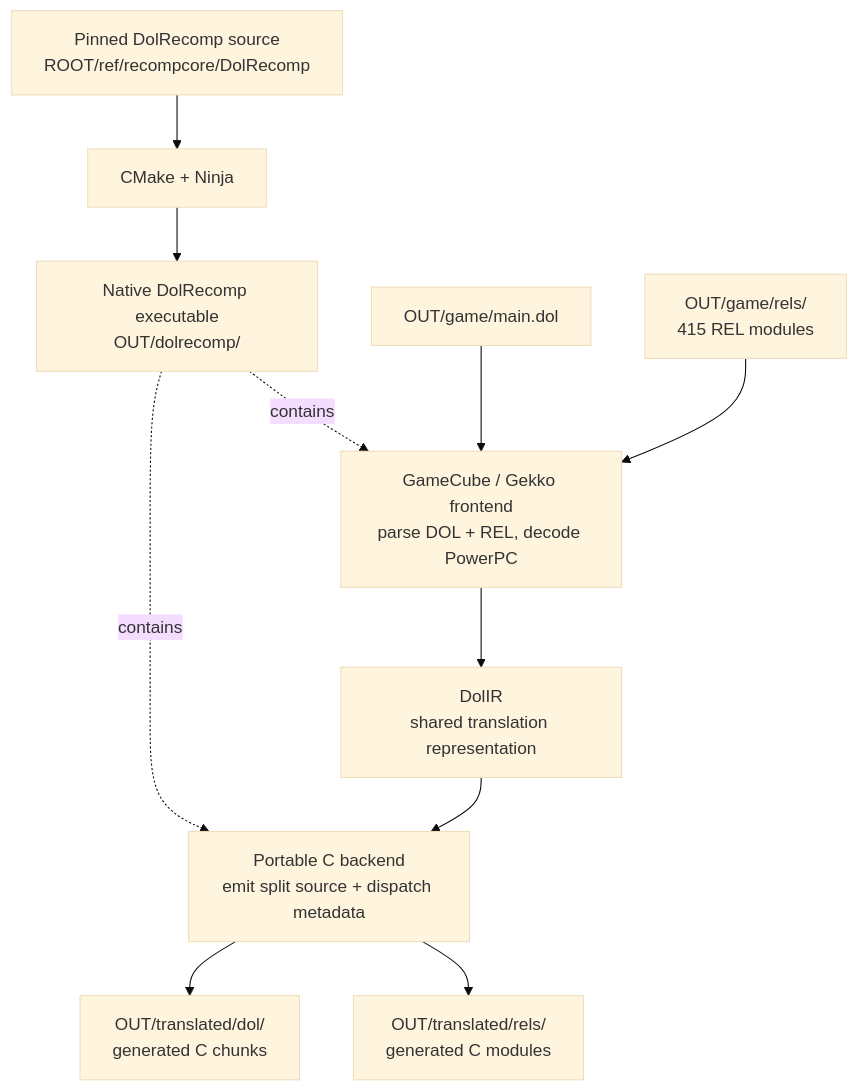
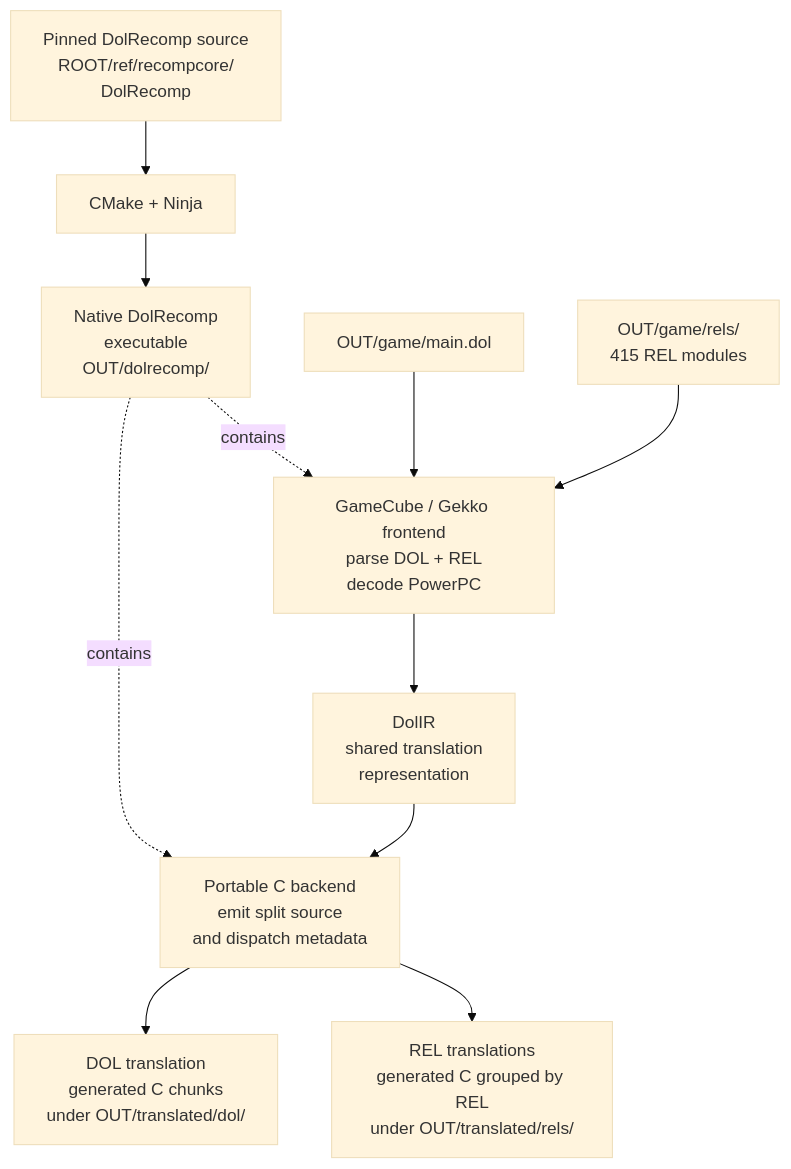
One commit to Aelbannan/boat_of_daphnes changed the seventh of 10 diagrams in docs/architecture/Build.md. Above: the diagram before and after it, drawn with Mermaid (base theme). The commit also changed other lines of this file, not shown here.

Commit message:
docs: wrap build diagram labels

````diff
--- a/docs/architecture/Build.md
+++ b/docs/architecture/Build.md
@@ -361,22 +361,22 @@
 ```mermaid
 flowchart TD
-    Source["Pinned DolRecomp source<br/>ROOT/ref/recompcore/DolRecomp"]
+    Source["Pinned DolRecomp source<br/>ROOT/ref/recompcore/<br/>DolRecomp"]
     Build["CMake + Ninja"]
-    Tool["Native DolRecomp executable<br/>OUT/dolrecomp/"]
+    Tool["Native DolRecomp<br/>executable<br/>OUT/dolrecomp/"]
     Dol["OUT/game/main.dol"]
     Rels["OUT/game/rels/<br/>415 REL modules"]
-    Frontend["GameCube / Gekko frontend<br/>parse DOL + REL, decode PowerPC"]
-    IR["DolIR<br/>shared translation representation"]
-    Backend["Portable C backend<br/>emit split source + dispatch metadata"]
-    DolC["OUT/translated/dol/<br/>generated C chunks"]
-    RelC["OUT/translated/rels/<br/>generated C modules"]
+    Frontend["GameCube / Gekko frontend<br/>parse DOL + REL<br/>decode PowerPC"]
+    IR["DolIR<br/>shared translation<br/>representation"]
+    Backend["Portable C backend<br/>emit split source<br/>and dispatch metadata"]
+    DolC["DOL translation<br/>generated C chunks<br/>under OUT/translated/dol/"]
+    RelC["REL translations<br/>generated C grouped by REL<br/>under OUT/translated/rels/"]
 
     Source --> Build --> Tool
     Tool -. "contains" .-> Frontend
     Tool -. "contains" .-> Backend
     Dol --> Frontend
     Rels --> Frontend
     Frontend --> IR --> Backend
     Backend --> DolC
     Backend --> RelC
 ```
````
